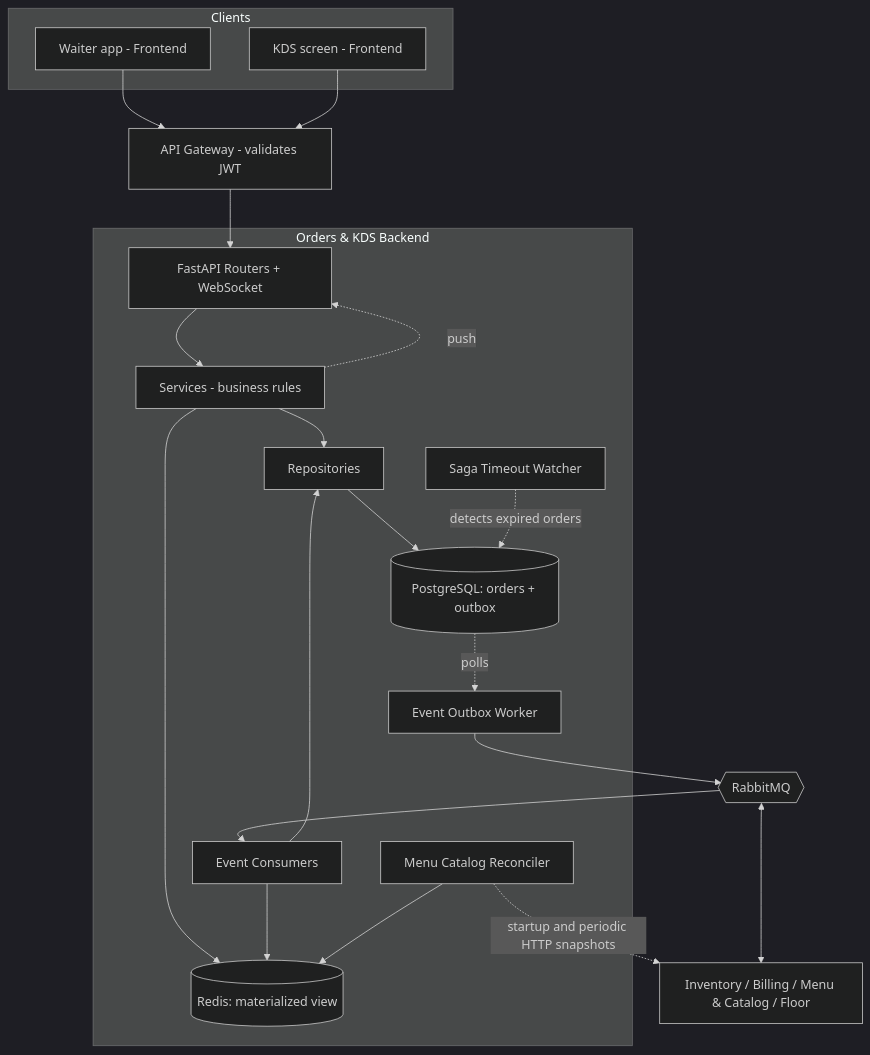
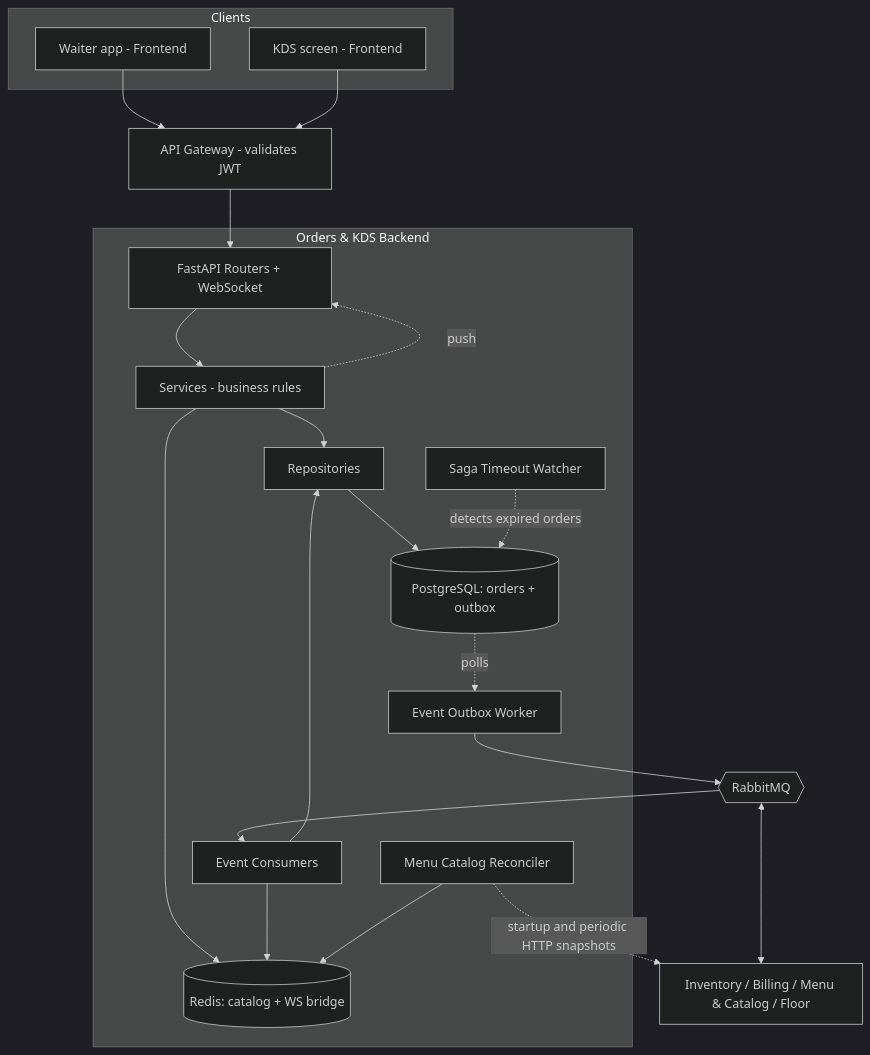
Before and after one commit to FMAT-Restaurant/OrdersKDS-Backend: the first of 4 diagrams in README.md, drawn with Mermaid (dark theme). The commit also changed other lines of this file and 6 other files, not shown here.

````diff
--- a/README.md
+++ b/README.md
@@ -102,38 +102,38 @@
 ```mermaid
 flowchart TB
     subgraph Clients
         W[Waiter app - Frontend]
         K[KDS screen - Frontend]
     end
 
     GW[API Gateway - validates JWT]
 
     subgraph OrdersKDS["Orders & KDS Backend"]
         API[FastAPI Routers + WebSocket]
         SVC[Services - business rules]
         REPO[Repositories]
         DB[(PostgreSQL: orders + outbox)]
-        CACHE[(Redis: materialized view)]
+        CACHE[(Redis: catalog + WS bridge)]
         WORKER[Event Outbox Worker]
         CONS[Event Consumers]
         CATALOG[Menu Catalog Reconciler]
         WATCH[Saga Timeout Watcher]
     end
 
     BROKER{{RabbitMQ}}
     OTHERS[Inventory / Billing / Menu & Catalog / Floor]
 
     W --> GW
     K --> GW
     GW --> API
     API --> SVC --> REPO --> DB
     SVC --> CACHE
     DB -.polls.-> WORKER --> BROKER
     BROKER --> CONS --> REPO
     CONS --> CACHE
     CATALOG -.startup and periodic HTTP snapshots.-> OTHERS
     CATALOG --> CACHE
     WATCH -.detects expired orders.-> DB
     BROKER <--> OTHERS
     SVC -.push.-> API
 ```
````
